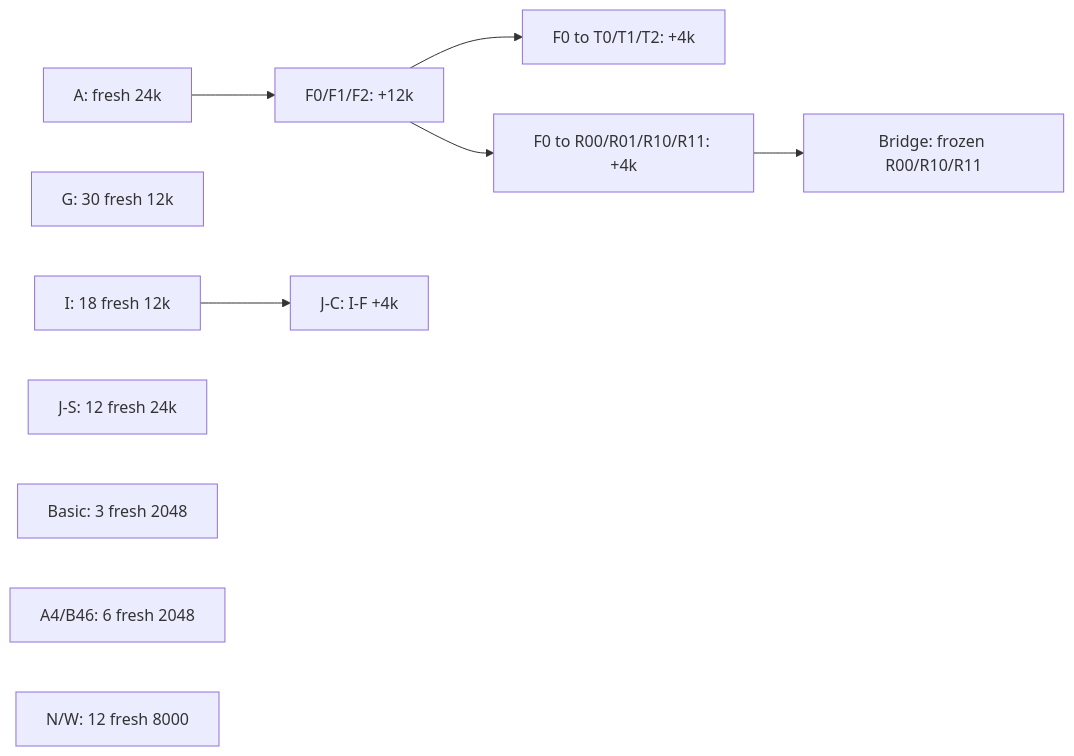
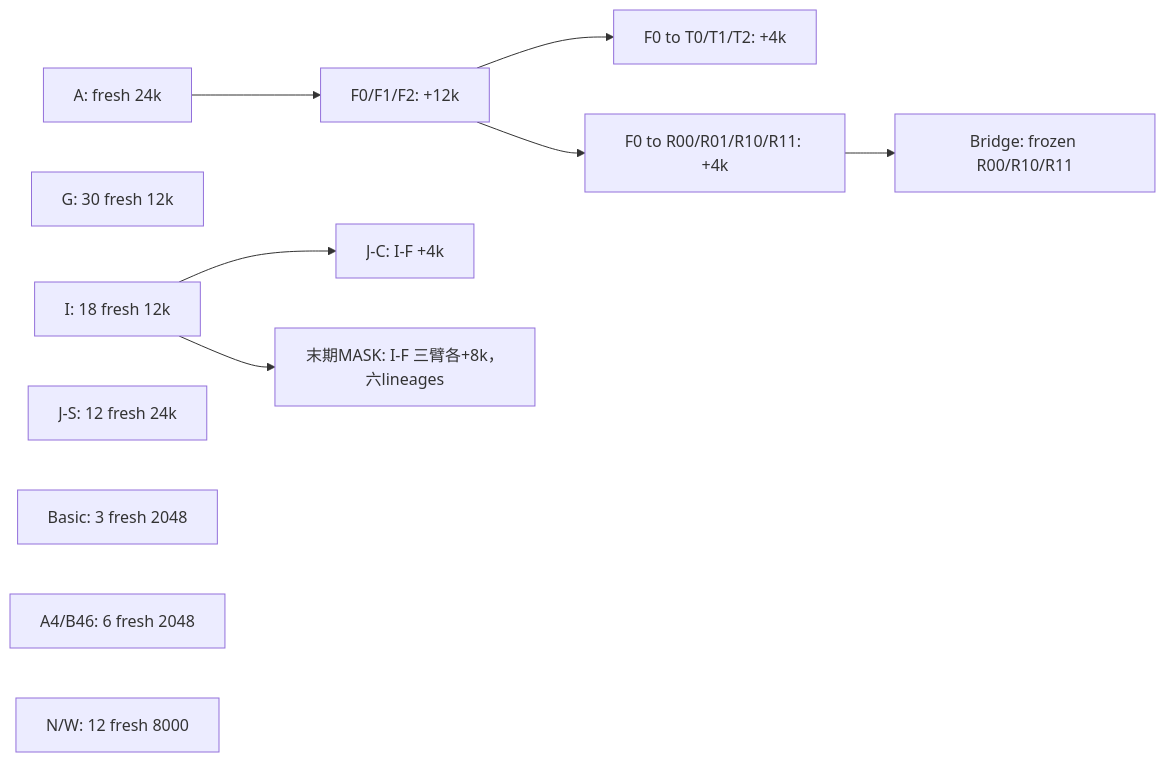
Before and after one commit to zxfly666/ISM: the second of 2 diagrams in experiments/README.md, drawn with Mermaid. The commit also changed other lines of this file and 102 other files, not shown here.

````diff
--- a/experiments/README.md
+++ b/experiments/README.md
@@ -57,13 +61,14 @@
 ```mermaid
 flowchart LR
   A[A: fresh 24k] --> F[F0/F1/F2: +12k]
   F --> T[F0 to T0/T1/T2: +4k]
   F --> R[F0 to R00/R01/R10/R11: +4k]
   R --> B[Bridge: frozen R00/R10/R11]
   G[G: 30 fresh 12k]
   I[I: 18 fresh 12k] --> JC[J-C: I-F +4k]
+  I --> ME[末期MASK: I-F 三臂各+8k，六lineages]
   JS[J-S: 12 fresh 24k]
   E[Basic: 3 fresh 2048]
   M[A4/B46: 6 fresh 2048]
   N[N/W: 12 fresh 8000]
 ```
````
